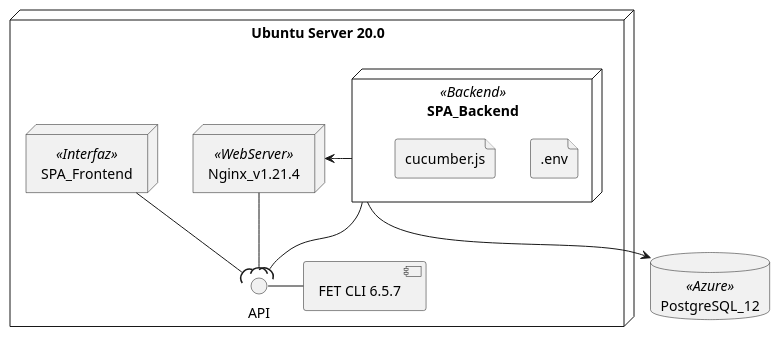
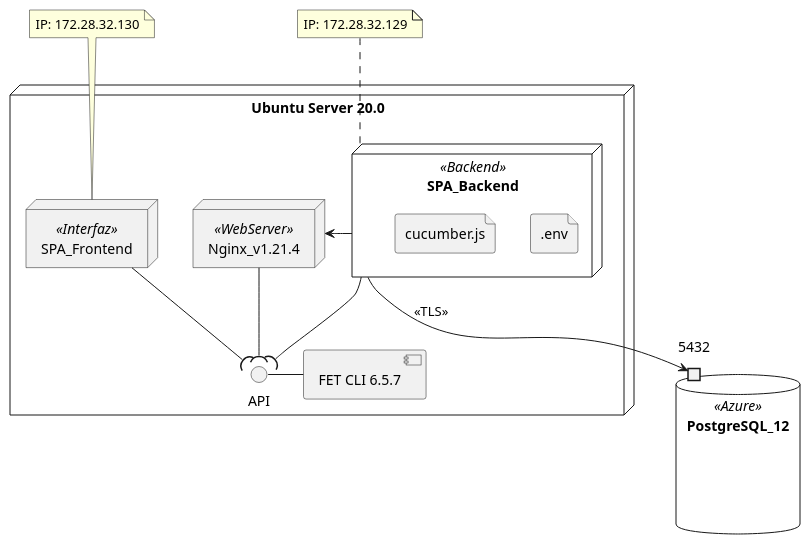
The diagram in diagrams/arquitectura.puml (Trabajo-de-Titulacion/planificacion-academica-fis-frontend), drawn with PlantUML before and after one commit.

Commit message:
Fix: Arquitectura del sistema

```diff
--- a/diagrams/arquitectura.puml
+++ b/diagrams/arquitectura.puml
@@ -1,27 +1,39 @@
 @startuml
 
 node "Ubuntu Server 20.0" {
     node SPA_Frontend <<Interfaz>> {
+
     }
 }
 
 node "Ubuntu Server 20.0" {
     node "Nginx_v1.21.4" <<WebServer>> {
     }
-    node SPA_Backend <<Backend>> {
+    node "SPA_Backend" <<Backend>> {
         file ".env"
         file "cucumber.js"
     }
+
+    
     API - [FET CLI 6.5.7]
 }
 
 database PostgreSQL_12 <<Azure>> {
+    port 5432
 }
 
-SPA_Backend --> PostgreSQL_12
+note top of SPA_Frontend
+    IP: 172.28.32.130
+end note
+
+note top of SPA_Backend
+    IP: 172.28.32.129
+end note
+
+SPA_Backend -down-> 5432 : <<TLS>>
 SPA_Backend --( API
 SPA_Backend -right-> Nginx_v1.21.4
 SPA_Frontend --( API
 Nginx_v1.21.4 --( API
 
 @enduml
```
